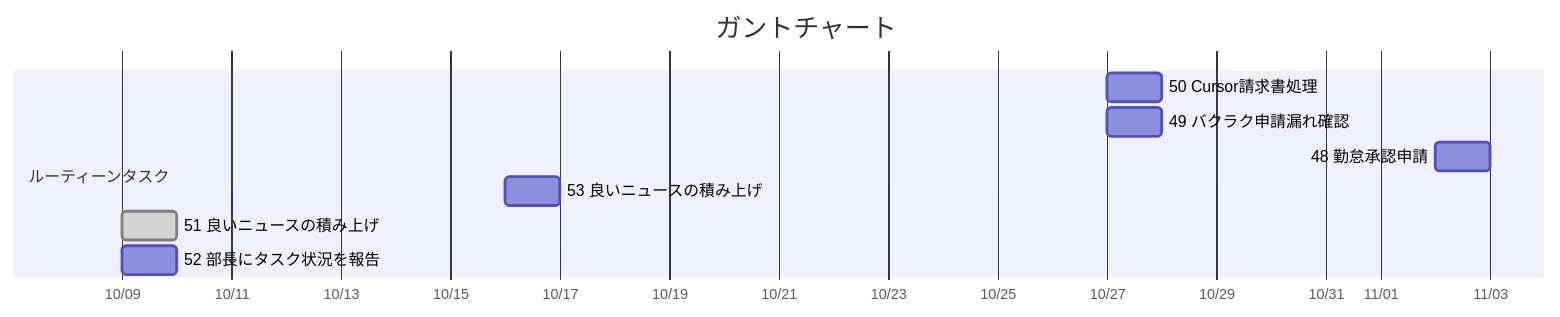
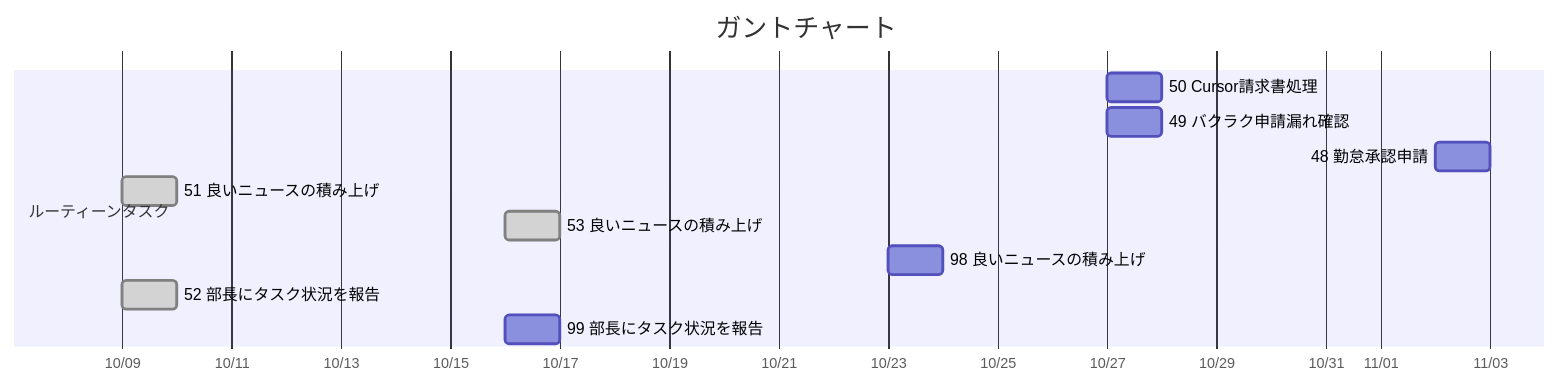
Before and after one commit to FLNYoshidaRyuta/task_management: the diagram in tasks/ガントチャート.md, drawn with Mermaid. The commit also changed 6 other files, not shown here.

````diff
--- a/tasks/ガントチャート.md
+++ b/tasks/ガントチャート.md
@@ -3,14 +3,16 @@
 ```mermaid
 %%{init: {'themeCSS': 'rect[id*=rel] { fill: #c2410c !important; stroke: #9a3412 !important; }'}}%%
 gantt
     title ガントチャート
     dateFormat YYYY-MM-DD
     axisFormat %m/%d
     section ルーティーンタスク
     50 Cursor請求書処理 :t1, 2026-10-27, 1d
     49 バクラク申請漏れ確認 :t2, 2026-10-27, 1d
     48 勤怠承認申請 :t3, 2026-11-02, 1d
-    53 良いニュースの積み上げ :t4, 2026-10-16, 1d
-    51 良いニュースの積み上げ :done, t5, 2026-10-09, 1d
-    52 部長にタスク状況を報告 :t6, 2026-10-09, 1d
+    51 良いニュースの積み上げ :done, t4, 2026-10-09, 1d
+    53 良いニュースの積み上げ :done, t5, 2026-10-16, 1d
+    98 良いニュースの積み上げ :t6, 2026-10-23, 1d
+    52 部長にタスク状況を報告 :done, t7, 2026-10-09, 1d
+    99 部長にタスク状況を報告 :t8, 2026-10-16, 1d
 ```
````
